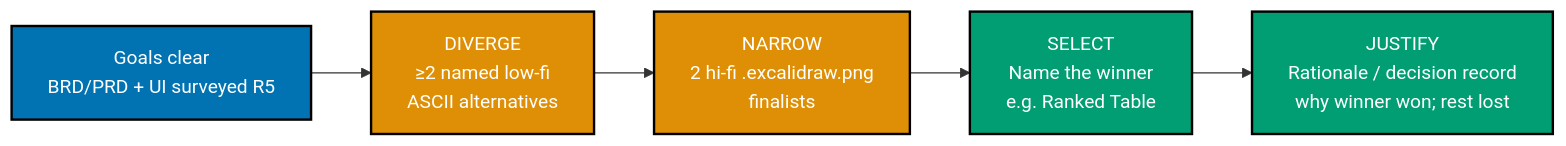
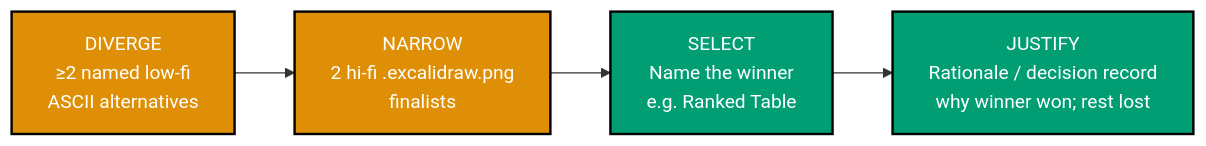
One commit to wahidyankf/baseerah changed the diagram in plans/in-progress/plan-doc-ui-mockup-convention/prd.md. Above: the diagram before and after it, drawn with Mermaid. The commit also changed other lines of this file, not shown here.

Commit message:
fix(plans): reduce funnel mermaid to 4 nodes for max-width gate
The 5-node DIVERGE/NARROW/SELECT/JUSTIFY + precondition flowchart
exceeded rhino-cli mermaid max-width 4. Drop the precondition node into
prose; keep the 4 funnel stages.

````diff
--- a/plans/in-progress/plan-doc-ui-mockup-convention/prd.md
+++ b/plans/in-progress/plan-doc-ui-mockup-convention/prd.md
@@ -16,19 +17,16 @@
 ```mermaid
-%% Color Palette: Blue #0173B2, Orange #DE8F05, Teal #029E73, Gray #808080
+%% Color Palette: Orange #DE8F05, Teal #029E73
 %% Funnel stages: DIVERGE (low-fi) → NARROW (hi-fi shortlist) → SELECT → JUSTIFY
 flowchart LR
-    A["Goals clear<br/>BRD/PRD + UI surveyed R5"]:::blue
     B["DIVERGE<br/>≥2 named low-fi<br/>ASCII alternatives"]:::orange
     C["NARROW<br/>2 hi-fi .excalidraw.png<br/>finalists"]:::orange
     D["SELECT<br/>Name the winner<br/>e.g. Ranked Table"]:::teal
     E["JUSTIFY<br/>Rationale / decision record<br/>why winner won; rest lost"]:::teal
 
-    A --> B
     B --> C
     C --> D
     D --> E
 
-    classDef blue fill:#0173B2,stroke:#000000,color:#FFFFFF,stroke-width:2px
     classDef orange fill:#DE8F05,stroke:#000000,color:#FFFFFF,stroke-width:2px
     classDef teal fill:#029E73,stroke:#000000,color:#FFFFFF,stroke-width:2px
 ```
````
